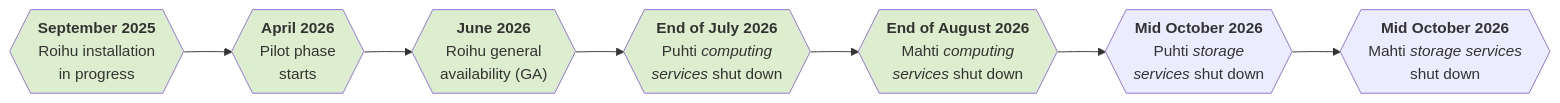
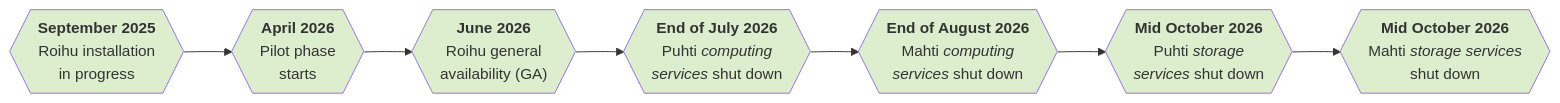
Before and after one commit to CSCfi/csc-user-guide: the diagram in docs/computing/systems-roihu.md, drawn with Mermaid. The commit also changed 1 other file, not shown here.

Commit message:
Update warning box on mkdocs.yml, update Roihu schedule color fill

````diff
--- a/docs/computing/systems-roihu.md
+++ b/docs/computing/systems-roihu.md
@@ -13,29 +13,31 @@
 ```mermaid
 graph LR;
     A{{"<b>September 2025</b>
         Roihu installation
         in progress"}} --> B;
     B{{"<b>April 2026</b>
         Pilot phase
         starts"}} --> C;
     C{{"<b>June 2026</b>
         Roihu general
         availability (GA)"}} --> D;
     D{{"<b>End of July 2026</b>
         Puhti <i>computing
         services</i> shut down"}} --> E;
     E{{"<b>End of August 2026</b>
         Mahti <i>computing
         services</i> shut down"}} --> F;
     F{{"<b>Mid October 2026</b>
         Puhti <i>storage
         services</i> shut down"}} --> G;
     G{{"<b>Mid October 2026</b>
         Mahti <i>storage services</i>
         shut down"}}
     style A fill:#dceeceff;
     style B fill:#dceeceff;
     style C fill:#dceeceff;
     style D fill:#dceeceff;
     style E fill:#dceeceff;
+    style F fill:#dceeceff;
+    style G fill:#dceeceff;
 ```
````
